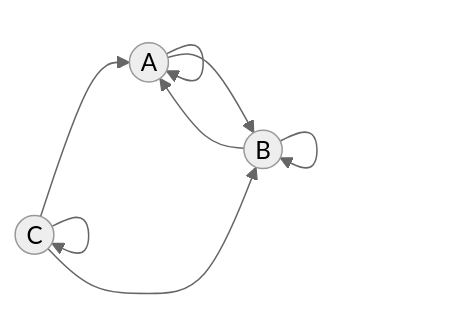
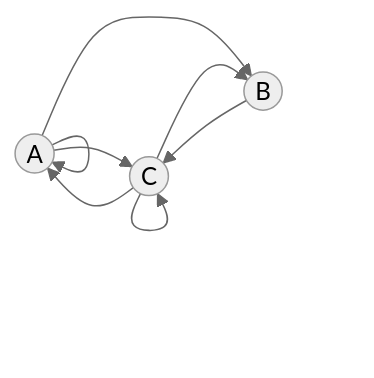
One commit to hse-algo-24-owl/manual-tasks-owl changed the diagram in task-3/ootd.md. Above: the diagram before and after it, drawn with Mermaid (neutral theme). The commit also changed other lines of this file, not shown here.

````diff
--- a/task-3/ootd.md
+++ b/task-3/ootd.md
@@ -7,12 +7,12 @@
 ```mermaid
 graph LR
 
-A((A)) --> A
-A --> B((B))
-B --> A
-B --> B
-C((C)) --> A
+A((A)) --> C((C))
+A((A)) --> B((B))
+A --> A
+B((B)) --> C
 C --> C
+C --> A
 C --> B
 
 ```
````
